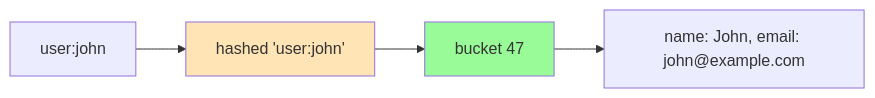
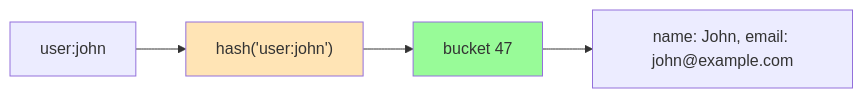
One commit to quanhua92/tutorials changed the second of 11 diagrams in the-engineers-playbook/tutorials/system-design-101/01-concepts-03-key-abstractions.md. Above: the diagram before and after it, drawn with Mermaid.

````diff
--- a/the-engineers-playbook/tutorials/system-design-101/01-concepts-03-key-abstractions.md
+++ b/the-engineers-playbook/tutorials/system-design-101/01-concepts-03-key-abstractions.md
@@ -56,9 +56,9 @@
 ```mermaid
 graph LR
-    A[user:john] --> B[hashed 'user:john']
+    A[user:john] --> B["hash('user:john')"]
     B --> C[bucket 47]
     C --> D[name: John, email: john@example.com]
     
     style B fill:#FFE4B5
     style C fill:#98FB98
 ```
````
